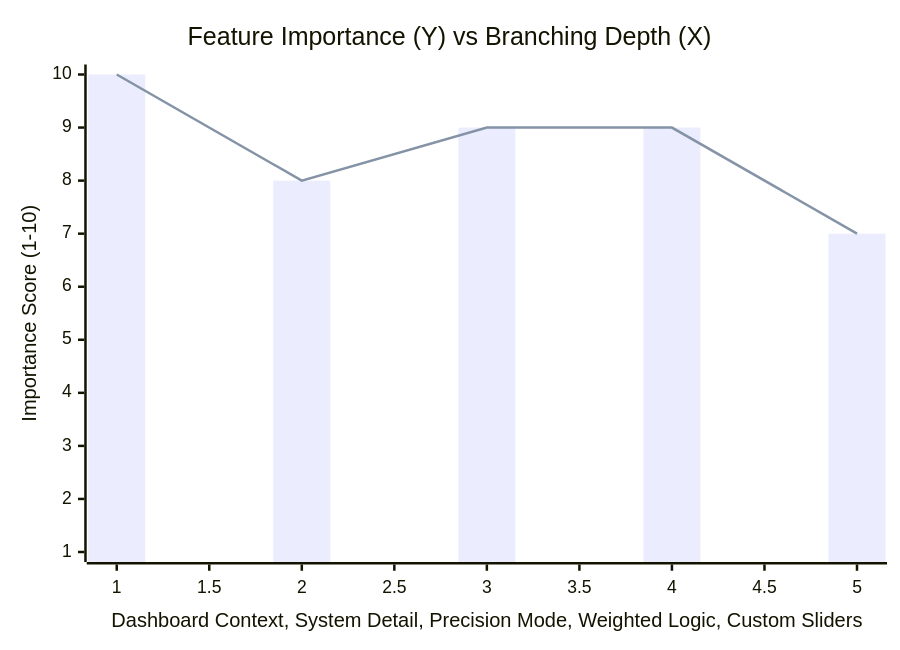
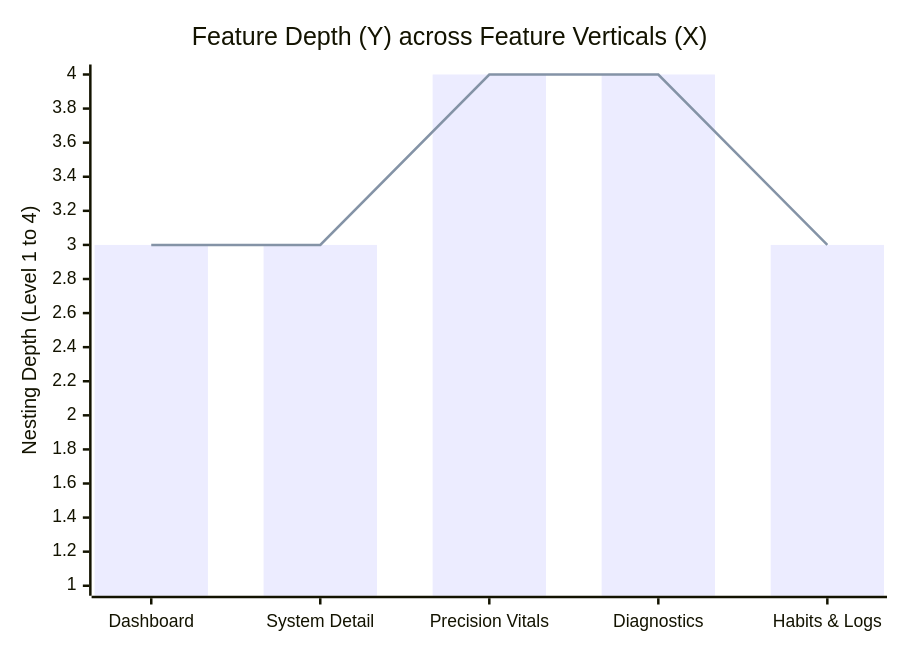
Before and after one commit to thisisyashsharma/bodyOS: the second of 2 diagrams in TRACKING_MAP.md, drawn with Mermaid. The commit also changed other lines of this file, not shown here.

Commit message:
docs: refine TRACKING_MAP with X as diversity and Y as depth

````diff
--- a/TRACKING_MAP.md
+++ b/TRACKING_MAP.md
@@ -66,8 +130,8 @@
 ```mermaid
 xychart-beta
-    title "Feature Importance (Y) vs Branching Depth (X)"
-    x-axis "Dashboard Context, System Detail, Precision Mode, Weighted Logic, Custom Sliders"
-    y-axis "Importance Score (1-10)" 1 --> 10
-    bar [10, 8, 9, 9, 7]
-    line [10, 8, 9, 9, 7]
+    title "Feature Depth (Y) across Feature Verticals (X)"
+    x-axis ["Dashboard", "System Detail", "Precision Vitals", "Diagnostics", "Habits & Logs"]
+    y-axis "Nesting Depth (Level 1 to 4)" 1 --> 4
+    bar [3, 3, 4, 4, 3]
+    line [3, 3, 4, 4, 3]
 ```
````
